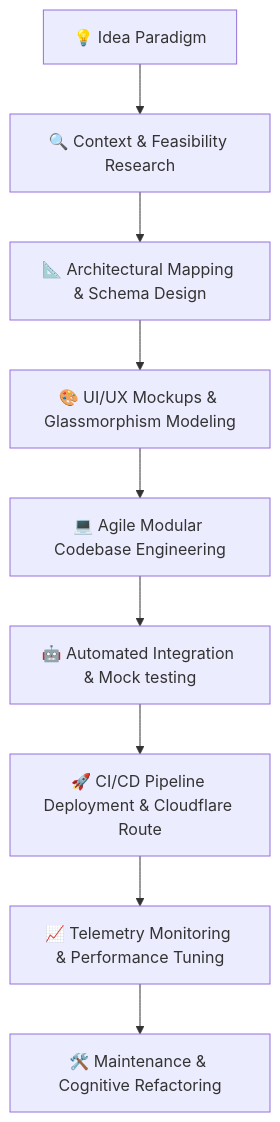
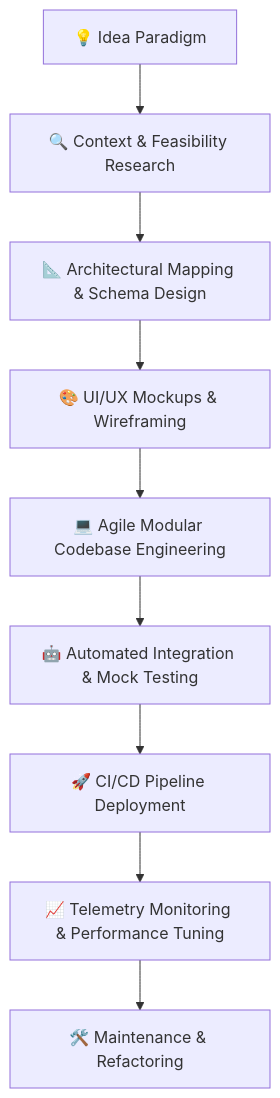
Before and after one commit to nqxkhoi/nqxkhoi: the diagram in README.md, drawn with Mermaid. The commit also changed other lines of this file, not shown here.

````diff
--- a/README.md
+++ b/README.md
@@ -299,11 +120,11 @@
 ```mermaid
 graph TD
   A[💡 Idea Paradigm] --> B[🔍 Context & Feasibility Research]
   B --> C[📐 Architectural Mapping & Schema Design]
-  C --> D[🎨 UI/UX Mockups & Glassmorphism Modeling]
+  C --> D[🎨 UI/UX Mockups & Wireframing]
   D --> E[💻 Agile Modular Codebase Engineering]
-  E --> F[🤖 Automated Integration & Mock testing]
-  F --> G[🚀 CI/CD Pipeline Deployment & Cloudflare Route]
+  E --> F[🤖 Automated Integration & Mock Testing]
+  F --> G[🚀 CI/CD Pipeline Deployment]
   G --> H[📈 Telemetry Monitoring & Performance Tuning]
-  H --> I[🛠️ Maintenance & Cognitive Refactoring]
+  H --> I[🛠️ Maintenance & Refactoring]
 ```
````
